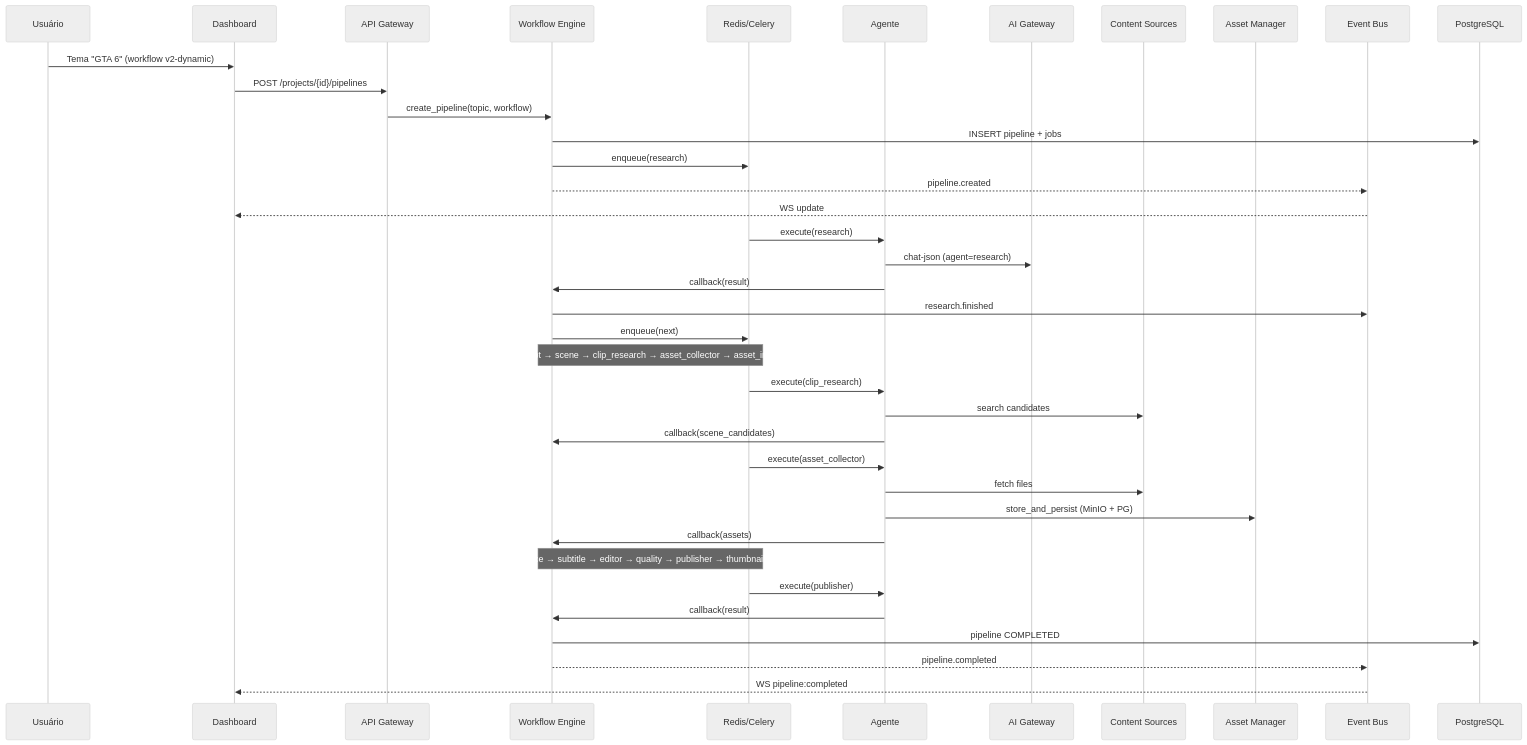
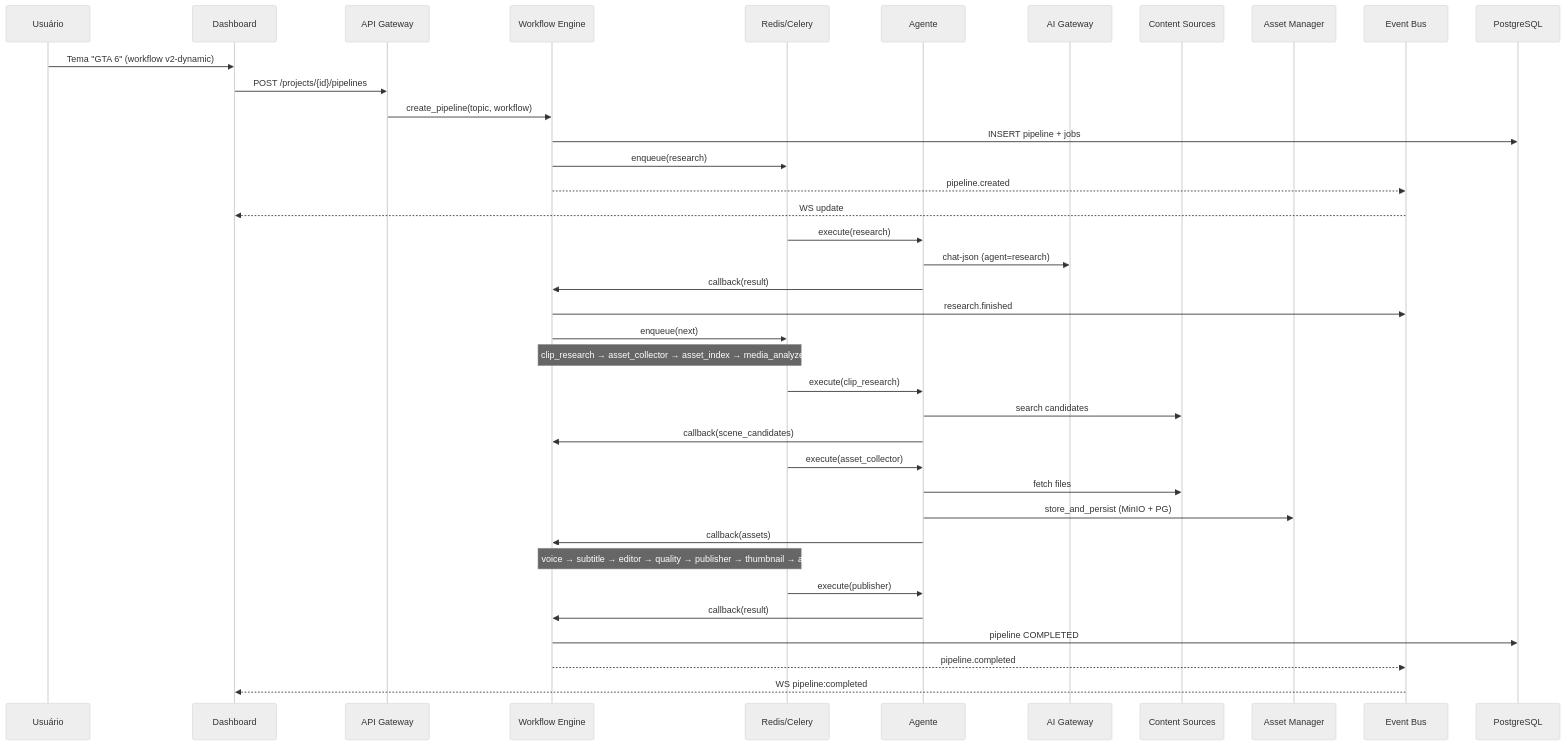
The first of 2 diagrams in docs/FLOW.md (rafaelcostr/ContentOS), drawn with Mermaid (neutral theme) before and after one commit. The commit also changed other lines of this file and 313 other files, not shown here.

````diff
--- a/docs/FLOW.md
+++ b/docs/FLOW.md
@@ -16,47 +16,47 @@
 ```mermaid
 sequenceDiagram
     participant U as Usuário
     participant D as Dashboard
     participant G as API Gateway
     participant W as Workflow Engine
     participant Q as Redis/Celery
     participant A as Agente
     participant AI as AI Gateway
     participant CS as Content Sources
     participant S as Asset Manager
     participant EB as Event Bus
     participant DB as PostgreSQL
 
     U->>D: Tema "GTA 6" (workflow v2-dynamic)
     D->>G: POST /projects/{id}/pipelines
     G->>W: create_pipeline(topic, workflow)
     W->>DB: INSERT pipeline + jobs
     W->>Q: enqueue(research)
     W-->>EB: pipeline.created
     EB-->>D: WS update
 
     Q->>A: execute(research)
     A->>AI: chat-json (agent=research)
     A->>W: callback(result)
     W->>EB: research.finished
     W->>Q: enqueue(next)
 
-    Note over W,Q: script → scene → clip_research → asset_collector → asset_index
+    Note over W,Q: script → scene → clip_research → asset_collector → asset_index → media_analyze → asset_search
 
     Q->>A: execute(clip_research)
     A->>CS: search candidates
     A->>W: callback(scene_candidates)
 
     Q->>A: execute(asset_collector)
     A->>CS: fetch files
     A->>S: store_and_persist (MinIO + PG)
     A->>W: callback(assets)
 
     Note over W,Q: takes → voice → subtitle → editor → quality → publisher → thumbnail → analytics
 
     Q->>A: execute(publisher)
     A->>W: callback(result)
     W->>DB: pipeline COMPLETED
     W-->>EB: pipeline.completed
     EB-->>D: WS pipeline:completed
 ```
````
